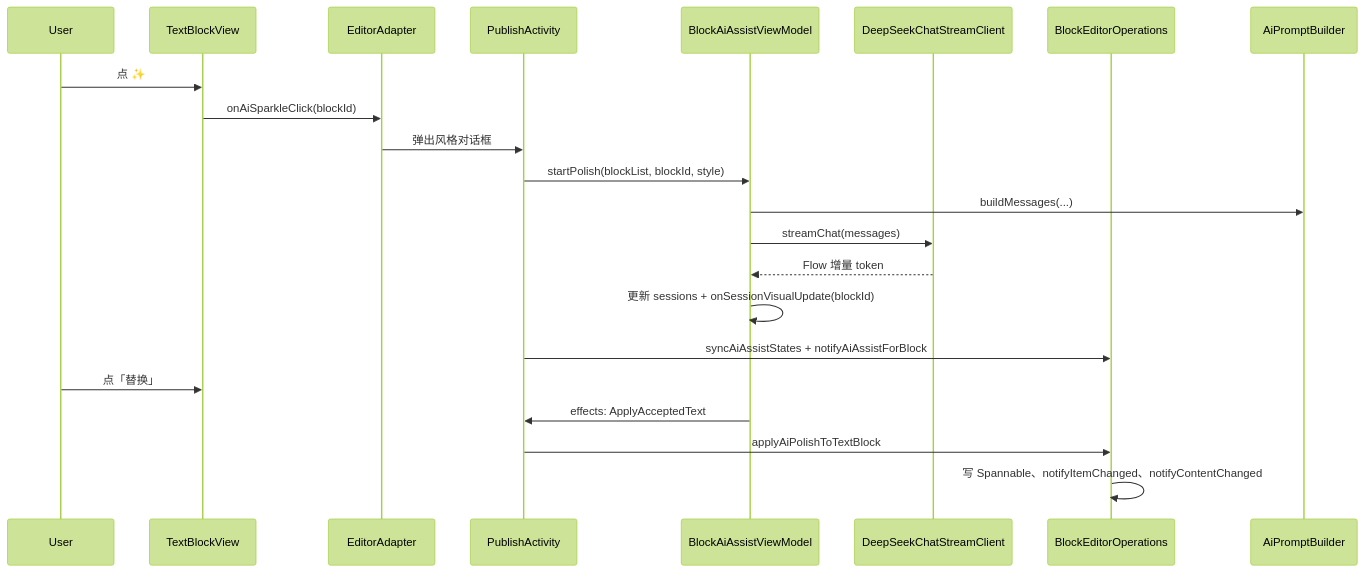
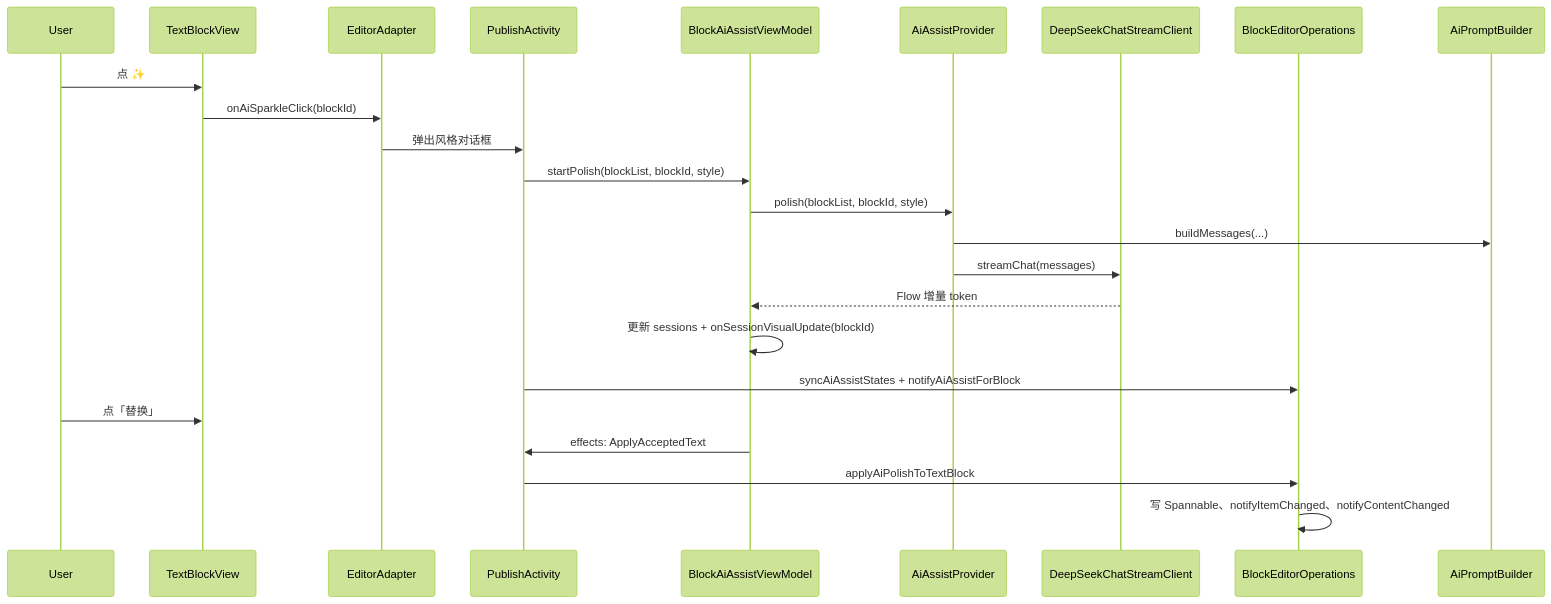
One commit to Shen-hk/FishMemory changed the diagram in docs/ai-polish-implementation.md. Above: the diagram before and after it, drawn with Mermaid (forest theme). The commit also changed other lines of this file and 141 other files, not shown here.

````diff
--- a/docs/ai-polish-implementation.md
+++ b/docs/ai-polish-implementation.md
@@ -33,24 +35,26 @@
 ```mermaid
 sequenceDiagram
   participant User
   participant TextBlockView
   participant EditorAdapter
   participant PublishActivity
   participant VM as BlockAiAssistViewModel
+  participant Provider as AiAssistProvider
   participant Net as DeepSeekChatStreamClient
   participant Ops as BlockEditorOperations
 
   User->>TextBlockView: 点 ✨
   TextBlockView->>EditorAdapter: onAiSparkleClick(blockId)
   EditorAdapter->>PublishActivity: 弹出风格对话框
   PublishActivity->>VM: startPolish(blockList, blockId, style)
-  VM->>AiPromptBuilder: buildMessages(...)
-  VM->>Net: streamChat(messages)
+  VM->>Provider: polish(blockList, blockId, style)
+  Provider->>AiPromptBuilder: buildMessages(...)
+  Provider->>Net: streamChat(messages)
   Net-->>VM: Flow 增量 token
   VM->>VM: 更新 sessions + onSessionVisualUpdate(blockId)
   PublishActivity->>Ops: syncAiAssistStates + notifyAiAssistForBlock
   User->>TextBlockView: 点「替换」
   VM->>PublishActivity: effects: ApplyAcceptedText
   PublishActivity->>Ops: applyAiPolishToTextBlock
   Ops->>Ops: 写 Spannable、notifyItemChanged、notifyContentChanged
 ```
````
